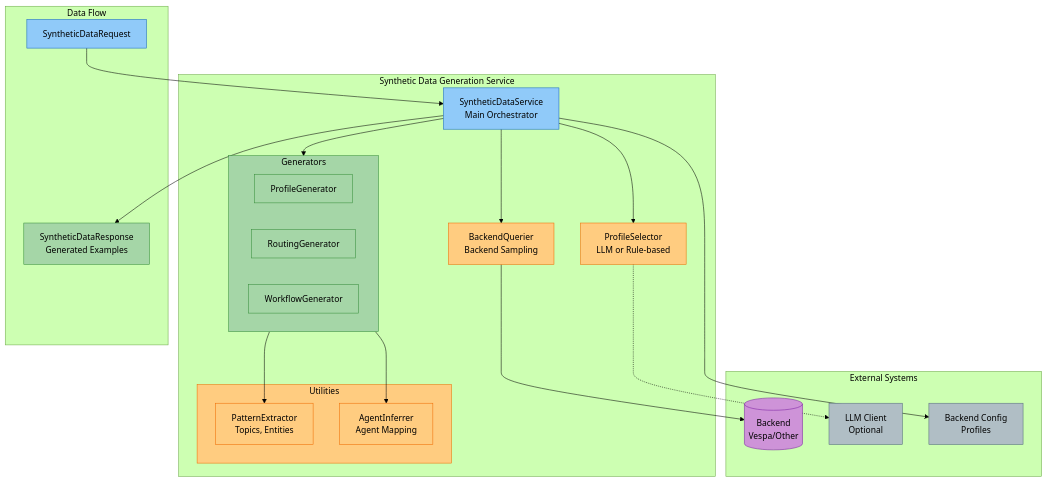
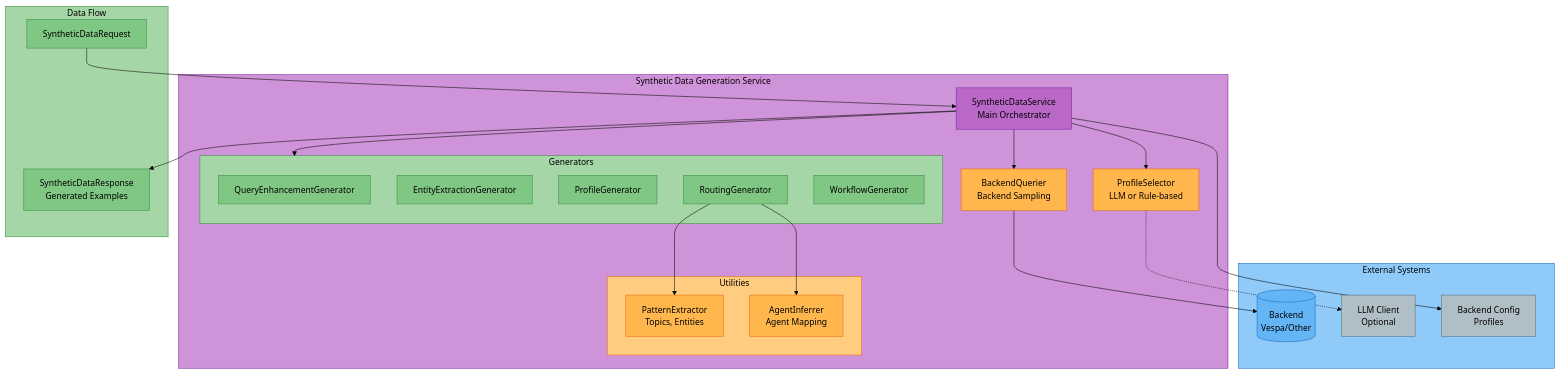
The first of 2 diagrams in docs/synthetic-data-generation.md (amit-jain/cogniverse), drawn with Mermaid (forest theme) before and after one commit. The commit also changed other lines of this file and 11 other files, not shown here.

Commit message:
Require real backend and agent labelers in SyntheticDataService

````diff
--- a/docs/synthetic-data-generation.md
+++ b/docs/synthetic-data-generation.md
@@ -28,58 +35,65 @@
 ```mermaid
 flowchart TB
     subgraph SyntheticService["<span style='color:#000'>Synthetic Data Generation Service</span>"]
         Service["<span style='color:#000'>SyntheticDataService<br/>Main Orchestrator</span>"]
 
         Service --> ProfileSelector
         Service --> BackendQuerier
         Service --> Generators
 
         ProfileSelector["<span style='color:#000'>ProfileSelector<br/>LLM or Rule-based</span>"]
         BackendQuerier["<span style='color:#000'>BackendQuerier<br/>Backend Sampling</span>"]
 
         subgraph Generators["<span style='color:#000'>Generators</span>"]
+            QueryEnhancementGen["<span style='color:#000'>QueryEnhancementGenerator</span>"]
+            EntityExtractionGen["<span style='color:#000'>EntityExtractionGenerator</span>"]
             ProfileGen["<span style='color:#000'>ProfileGenerator</span>"]
             RoutingGen["<span style='color:#000'>RoutingGenerator</span>"]
             WorkflowGen["<span style='color:#000'>WorkflowGenerator</span>"]
         end
 
         subgraph Utilities["<span style='color:#000'>Utilities</span>"]
             PatternExtractor["<span style='color:#000'>PatternExtractor<br/>Topics, Entities</span>"]
             AgentInferrer["<span style='color:#000'>AgentInferrer<br/>Agent Mapping</span>"]
         end
 
-        Generators --> PatternExtractor
-        Generators --> AgentInferrer
+        RoutingGen --> PatternExtractor
+        RoutingGen --> AgentInferrer
     end
 
     subgraph ExternalSystems["<span style='color:#000'>External Systems</span>"]
         Backend[("<span style='color:#000'>Backend<br/>Vespa/Other</span>")]
         LLM["<span style='color:#000'>LLM Client<br/>Optional</span>"]
         BackendConfig["<span style='color:#000'>Backend Config<br/>Profiles</span>"]
     end
 
     ProfileSelector -.-> LLM
     Service --> BackendConfig
     BackendQuerier --> Backend
 
     subgraph DataFlow["<span style='color:#000'>Data Flow</span>"]
         Request["<span style='color:#000'>SyntheticDataRequest</span>"] --> Service
         Service --> Response["<span style='color:#000'>SyntheticDataResponse<br/>Generated Examples</span>"]
     end
 
-    style Service fill:#90caf9,stroke:#1565c0,color:#000
-    style ProfileSelector fill:#ffcc80,stroke:#ef6c00,color:#000
-    style BackendQuerier fill:#ffcc80,stroke:#ef6c00,color:#000
+    style SyntheticService fill:#ce93d8,stroke:#7b1fa2,color:#000
+    style Service fill:#ba68c8,stroke:#7b1fa2,color:#000
+    style ProfileSelector fill:#ffb74d,stroke:#ef6c00,color:#000
+    style BackendQuerier fill:#ffb74d,stroke:#ef6c00,color:#000
     style Generators fill:#a5d6a7,stroke:#388e3c,color:#000
-    style ProfileGen fill:#a5d6a7,stroke:#388e3c,color:#000
-    style RoutingGen fill:#a5d6a7,stroke:#388e3c,color:#000
-    style WorkflowGen fill:#a5d6a7,stroke:#388e3c,color:#000
+    style QueryEnhancementGen fill:#81c784,stroke:#388e3c,color:#000
+    style EntityExtractionGen fill:#81c784,stroke:#388e3c,color:#000
+    style ProfileGen fill:#81c784,stroke:#388e3c,color:#000
+    style RoutingGen fill:#81c784,stroke:#388e3c,color:#000
+    style WorkflowGen fill:#81c784,stroke:#388e3c,color:#000
     style Utilities fill:#ffcc80,stroke:#ef6c00,color:#000
-    style PatternExtractor fill:#ffcc80,stroke:#ef6c00,color:#000
-    style AgentInferrer fill:#ffcc80,stroke:#ef6c00,color:#000
-    style Backend fill:#ce93d8,stroke:#7b1fa2,color:#000
+    style PatternExtractor fill:#ffb74d,stroke:#ef6c00,color:#000
+    style AgentInferrer fill:#ffb74d,stroke:#ef6c00,color:#000
+    style ExternalSystems fill:#90caf9,stroke:#1565c0,color:#000
+    style Backend fill:#64b5f6,stroke:#1565c0,color:#000
     style LLM fill:#b0bec5,stroke:#546e7a,color:#000
     style BackendConfig fill:#b0bec5,stroke:#546e7a,color:#000
-    style Request fill:#90caf9,stroke:#1565c0,color:#000
-    style Response fill:#a5d6a7,stroke:#388e3c,color:#000
+    style DataFlow fill:#a5d6a7,stroke:#388e3c,color:#000
+    style Request fill:#81c784,stroke:#388e3c,color:#000
+    style Response fill:#81c784,stroke:#388e3c,color:#000
 ```
````
